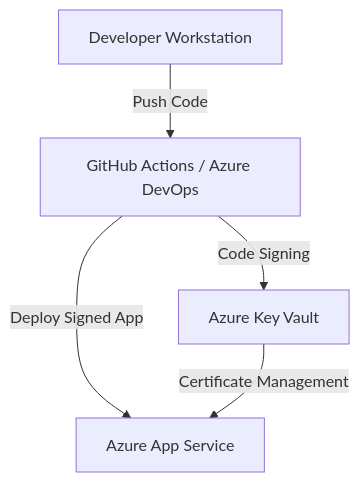
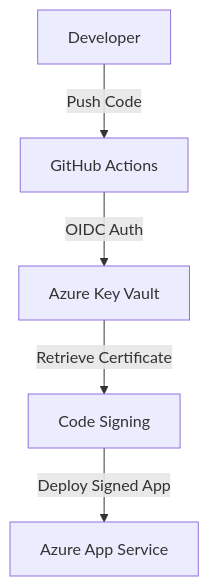
The diagram in README.md (seligj95/sample-best-practices-ensuring-security-with-azure-app-servi), drawn with Mermaid before and after one commit. The commit also changed other lines of this file, not shown here.

````diff
--- a/README.md
+++ b/README.md
@@ -7,7 +7,7 @@
 ```mermaid
 graph TD
-    A[Developer Workstation] -->|Push Code| B[GitHub Actions / Azure DevOps]
-    B -->|Code Signing| C[Azure Key Vault]
-    B -->|Deploy Signed App| D[Azure App Service]
-    C -->|Certificate Management| D
+    A[Developer] -->|Push Code| B[GitHub Actions]
+    B -->|OIDC Auth| C[Azure Key Vault]
+    C -->|Retrieve Certificate| D[Code Signing]
+    D -->|Deploy Signed App| E[Azure App Service]
 ```
````
